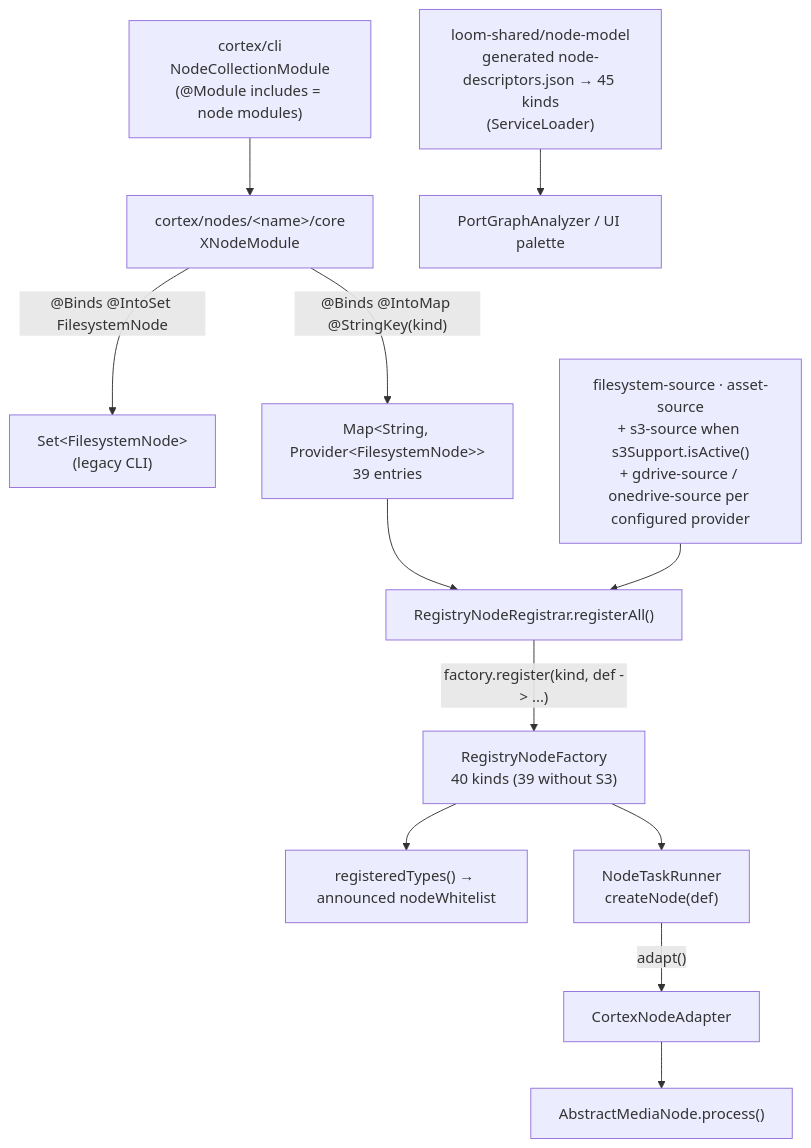
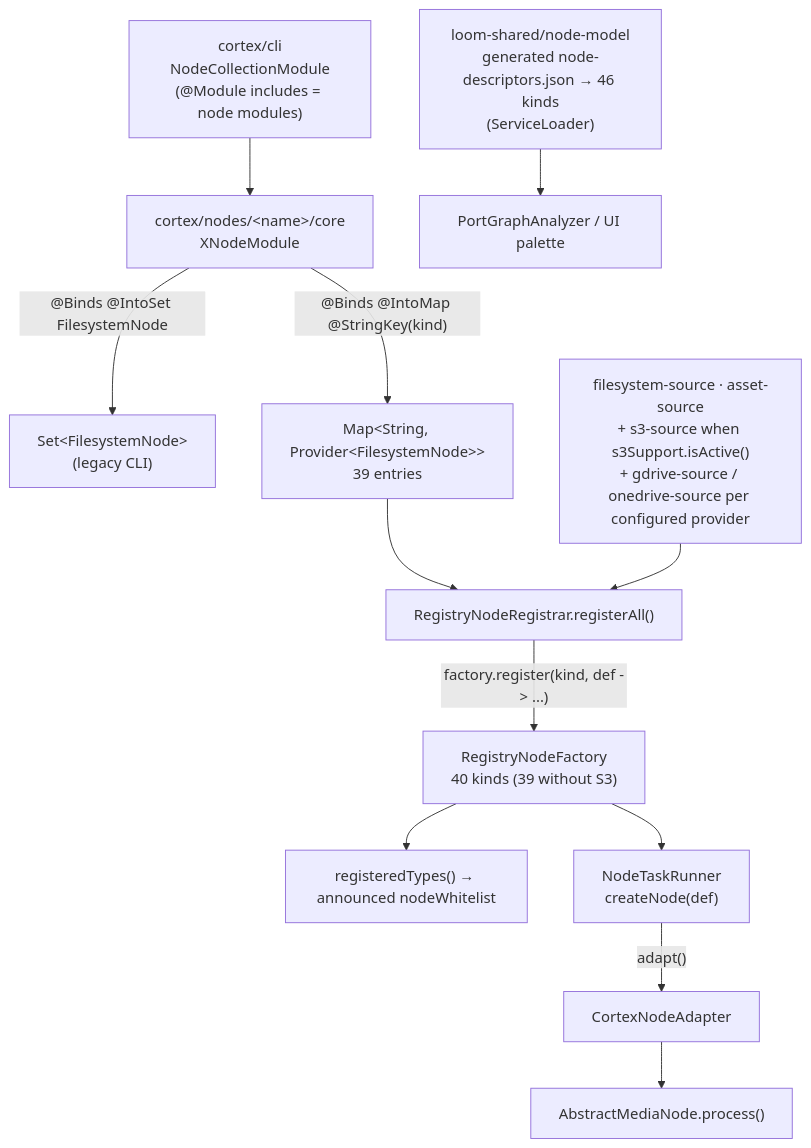
Before and after one commit to metaloom/metaloom: the diagram in spec/features/nodes/NODES.md, drawn with Mermaid. The commit also changed other lines of this file and 99 other files, not shown here.

````diff
--- a/spec/features/nodes/NODES.md
+++ b/spec/features/nodes/NODES.md
@@ -500,15 +505,15 @@
 ```mermaid
 flowchart TD
   M["cortex/nodes/&lt;name&gt;/core<br/>XNodeModule"]
   M -->|"@Binds @IntoSet FilesystemNode"| S["Set&lt;FilesystemNode&gt;<br/>(legacy CLI)"]
   M -->|"@Binds @IntoMap @StringKey(kind)"| K["Map&lt;String, Provider&lt;FilesystemNode&gt;&gt;<br/>39 entries"]
   NC["cortex/cli<br/>NodeCollectionModule<br/>(@Module includes = node modules)"] --> M
   K --> R["RegistryNodeRegistrar.registerAll()"]
   SRC["filesystem-source · asset-source<br/>+ s3-source when s3Support.isActive()<br/>+ gdrive-source / onedrive-source per configured provider"] --> R
   R -->|"factory.register(kind, def -&gt; ...)"| F["RegistryNodeFactory<br/>40 kinds (39 without S3)"]
   F --> W["registeredTypes() → announced nodeWhitelist"]
   F --> NT["NodeTaskRunner<br/>createNode(def)"]
   NT -->|"adapt()"| A["CortexNodeAdapter"]
   A --> P["AbstractMediaNode.process()"]
-  D["loom-shared/node-model<br/>generated node-descriptors.json → 45 kinds<br/>(ServiceLoader)"] --> V["PortGraphAnalyzer / UI palette"]
+  D["loom-shared/node-model<br/>generated node-descriptors.json → 46 kinds<br/>(ServiceLoader)"] --> V["PortGraphAnalyzer / UI palette"]
 ```
````
